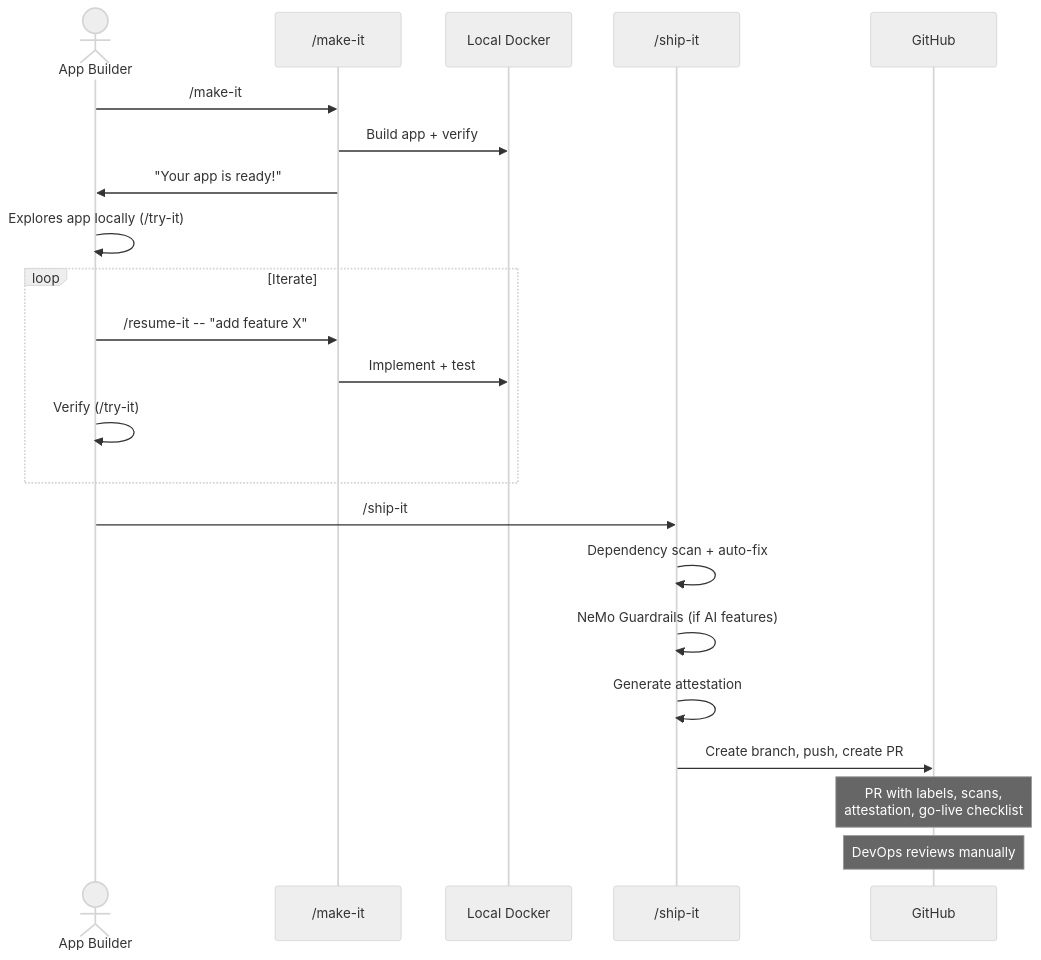
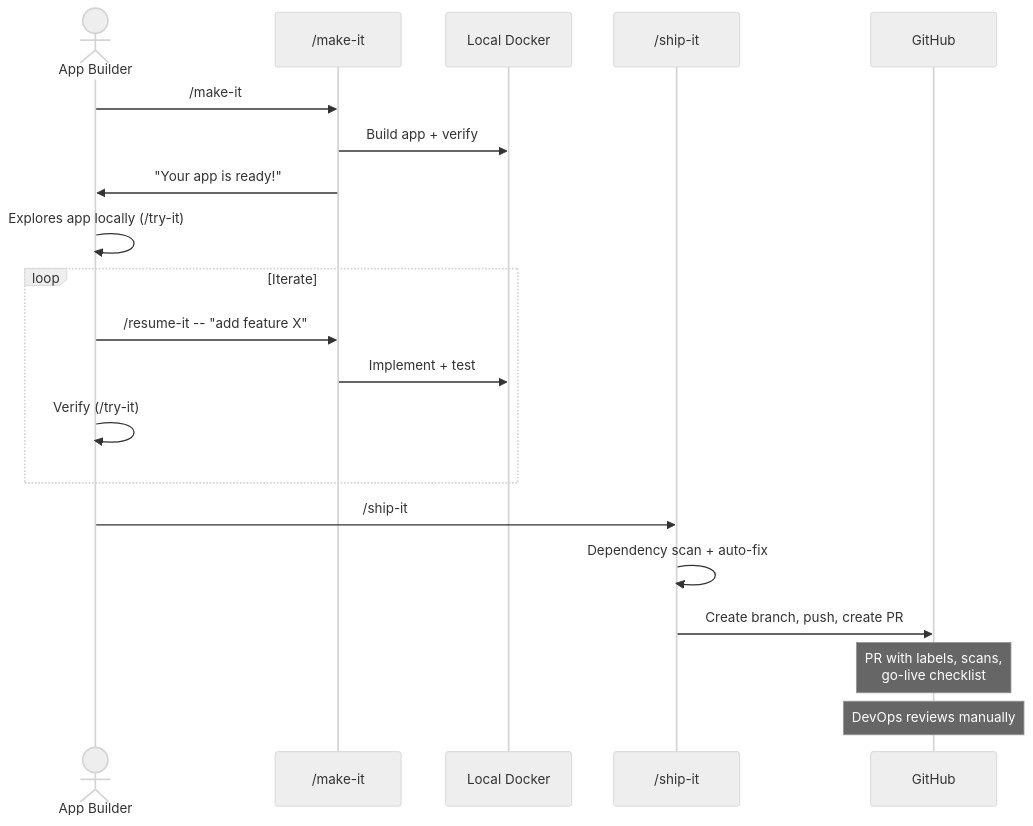
One commit to sealmindset/make-it changed the first of 5 diagrams in docs/DEVOPS-GUIDE.md. Above: the diagram before and after it, drawn with Mermaid (neutral theme). The commit also changed other lines of this file and 9 other files, not shown here.

````diff
--- a/docs/DEVOPS-GUIDE.md
+++ b/docs/DEVOPS-GUIDE.md
@@ -279,28 +279,26 @@
 ```mermaid
 sequenceDiagram
     actor User as App Builder
     participant MI as /make-it
     participant Docker as Local Docker
     participant SI as /ship-it
     participant GH as GitHub
 
     User->>MI: /make-it
     MI->>Docker: Build app + verify
     MI->>User: "Your app is ready!"
     User->>User: Explores app locally (/try-it)
 
     loop Iterate
         User->>MI: /resume-it -- "add feature X"
         MI->>Docker: Implement + test
         User->>User: Verify (/try-it)
     end
 
     User->>SI: /ship-it
     SI->>SI: Dependency scan + auto-fix
-    SI->>SI: NeMo Guardrails (if AI features)
-    SI->>SI: Generate attestation
     SI->>GH: Create branch, push, create PR
 
-    Note over GH: PR with labels, scans,<br/>attestation, go-live checklist
+    Note over GH: PR with labels, scans,<br/>go-live checklist
     Note over GH: DevOps reviews manually
 ```
````
